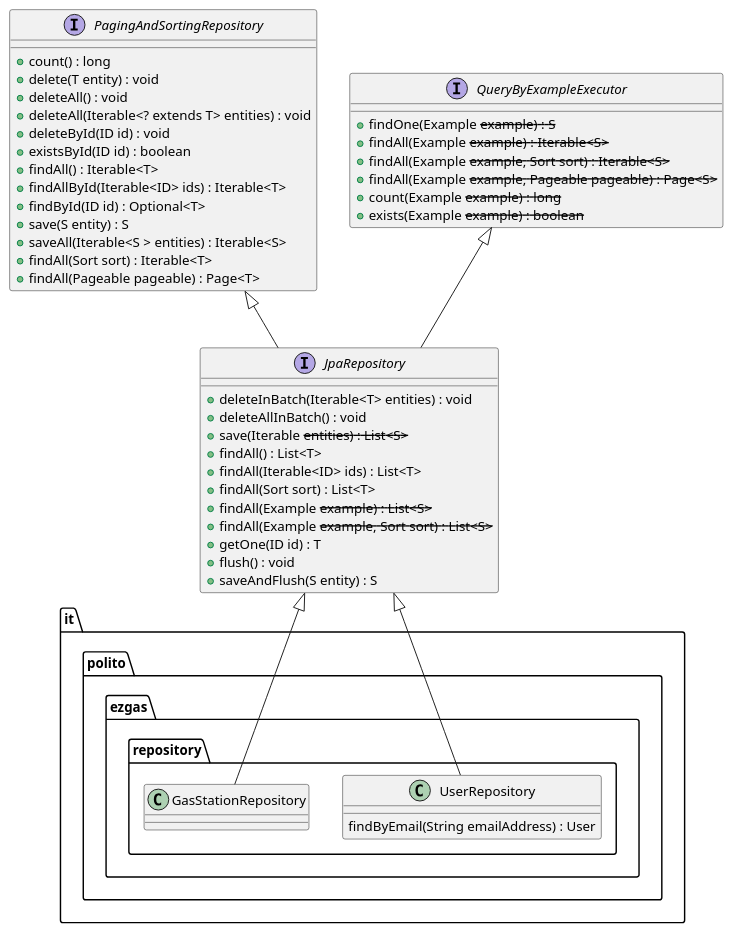
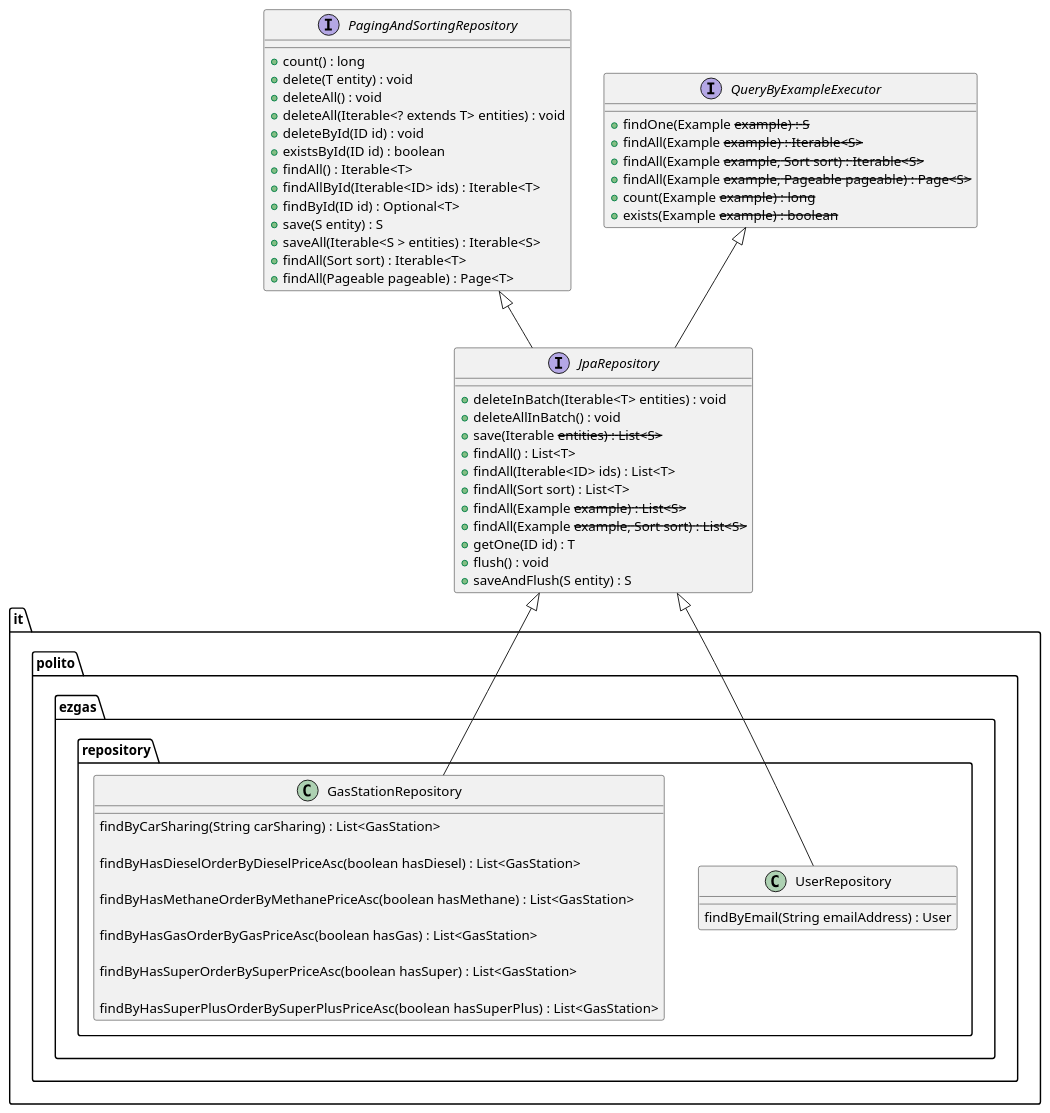
The ninth of 13 diagrams in docs/DesignDocument.md (lucarinelli/ezgas), drawn with PlantUML before and after one commit.

````diff
--- a/docs/DesignDocument.md
+++ b/docs/DesignDocument.md
@@ -440,61 +440,72 @@
 ```plantuml
 @startuml
 package "it.polito.ezgas.repository" {
         class UserRepository{
             findByEmail(String emailAddress) : User
         }
         
         class GasStationRepository{
+    findByCarSharing(String carSharing) : List<GasStation> 
+
+	findByHasDieselOrderByDieselPriceAsc(boolean hasDiesel) : List<GasStation> 
+
+	findByHasMethaneOrderByMethanePriceAsc(boolean hasMethane) : List<GasStation> 
+
+	findByHasGasOrderByGasPriceAsc(boolean hasGas) : List<GasStation> 
+
+	findByHasSuperOrderBySuperPriceAsc(boolean hasSuper) : List<GasStation> 
+
+	findByHasSuperPlusOrderBySuperPlusPriceAsc(boolean hasSuperPlus)  : List<GasStation> 
 
         }
         
        
         
     }
 
 interface PagingAndSortingRepository{
         +count() : long
         +delete(T entity) : void
         +deleteAll() : void
         +deleteAll(Iterable<? extends T> entities) : void
         +deleteById(ID id) : void
         +existsById(ID id) : boolean
         +findAll() : Iterable<T>
         +findAllById(Iterable<ID> ids) : Iterable<T> 
         +findById(ID id) : Optional<T>
         +save(S entity) : S
         +saveAll(Iterable<S > entities) : Iterable<S>
         +findAll(Sort sort) : Iterable<T> 
         +findAll(Pageable pageable) : Page<T>
     }
 
 interface JpaRepository{
         +deleteInBatch(Iterable<T> entities) : void
         +deleteAllInBatch() : void
         +save(Iterable<S> entities) : List<S>
         +findAll() : List<T>
         +findAll(Iterable<ID> ids) : List<T>
         +findAll(Sort sort) : List<T> 
         +findAll(Example<S> example) : List<S>
         +findAll(Example<S> example, Sort sort) : List<S>
         +getOne(ID id) : T
         +flush() : void
         +saveAndFlush(S entity) : S
     }
 
 interface QueryByExampleExecutor{
         +findOne(Example<S> example) : S
         +findAll(Example<S> example) : Iterable<S>
         +findAll(Example<S> example, Sort sort) : Iterable<S>
         +findAll(Example<S> example, Pageable pageable) : Page<S>
         +count(Example<S> example) : long
         +exists(Example<S> example) : boolean
     }
 
 JpaRepository <|-- UserRepository
 JpaRepository <|-- GasStationRepository
 
 QueryByExampleExecutor <|-- JpaRepository
 PagingAndSortingRepository <|-- JpaRepository
 @enduml
 ```
````
